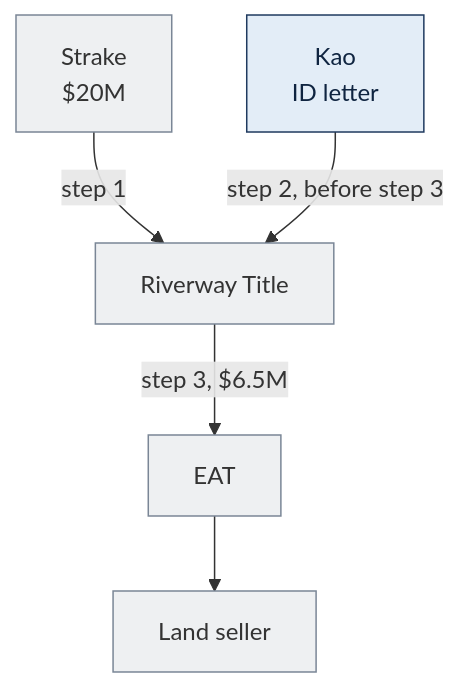
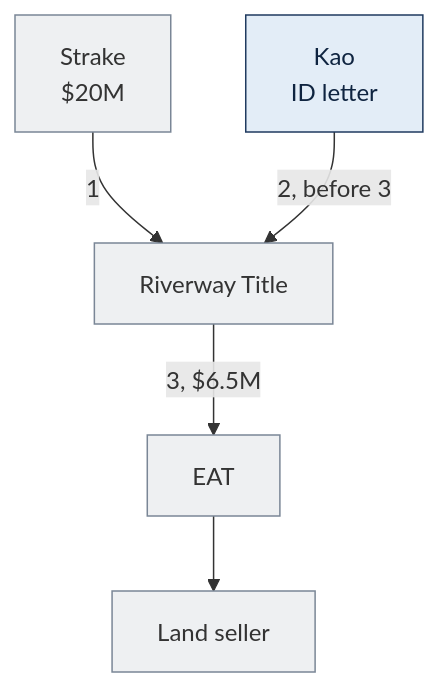
The fifth of 8 diagrams in North_Forsyth_1031_Diagrams.md (EthanCow/North-Forsyth-1031-Diagrams), drawn with Mermaid before and after one commit. The commit also changed other lines of this file, not shown here.

````diff
--- a/North_Forsyth_1031_Diagrams.md
+++ b/North_Forsyth_1031_Diagrams.md
@@ -399,13 +337,13 @@
 ```mermaid
 flowchart TB
   SK["Strake\n$20M"]:::neutral
   QI["Riverway Title"]:::neutral
   K["Kao\nID letter"]:::kao
   EAT["EAT"]:::neutral
   LS["Land seller"]:::neutral
-  SK -->|"step 1"| QI
-  K -->|"step 2, before step 3"| QI
-  QI -->|"step 3, $6.5M"| EAT --> LS
+  SK -->|"1"| QI
+  K -->|"2, before 3"| QI
+  QI -->|"3, $6.5M"| EAT --> LS
   classDef kao fill:#e3edf7,stroke:#1f3a5f,color:#0f2440;
   classDef neutral fill:#eef0f2,stroke:#7a8696,color:#333;
 ```
````
